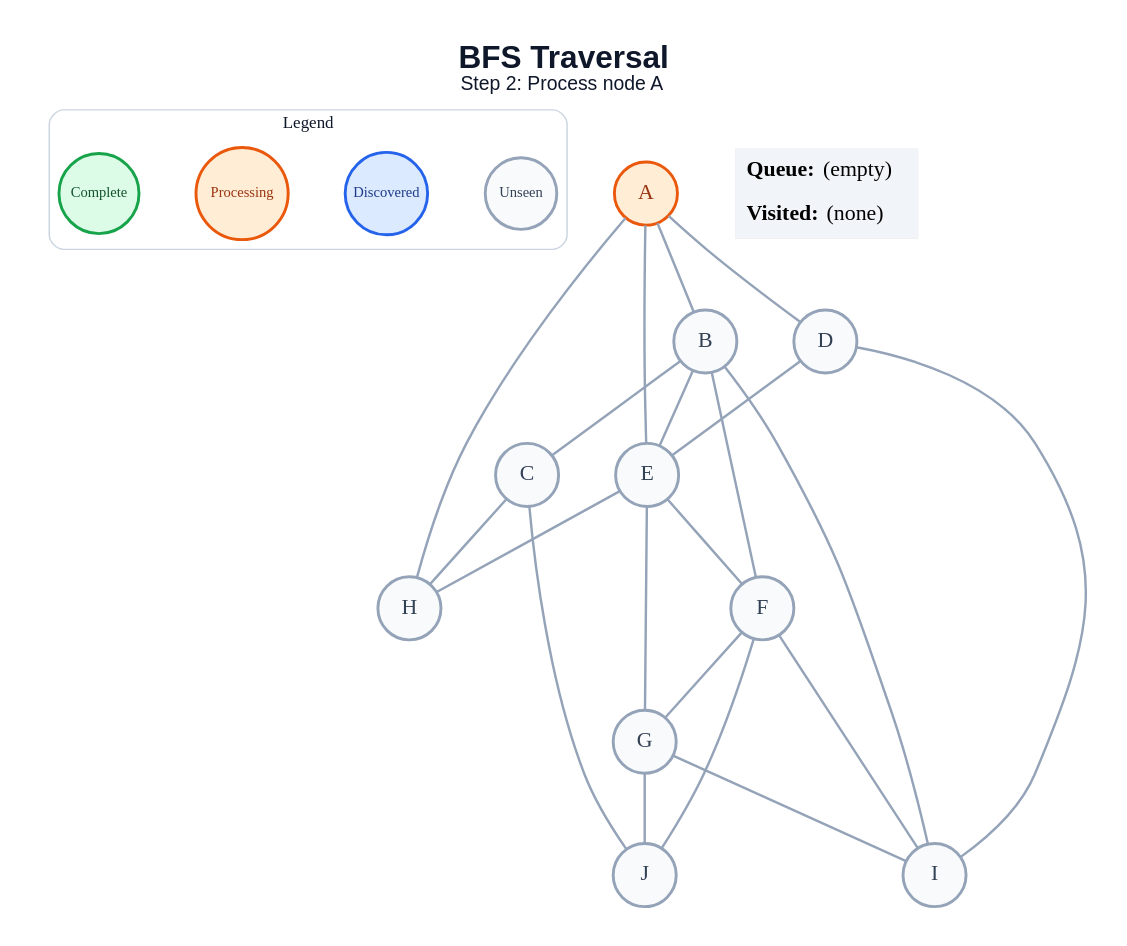
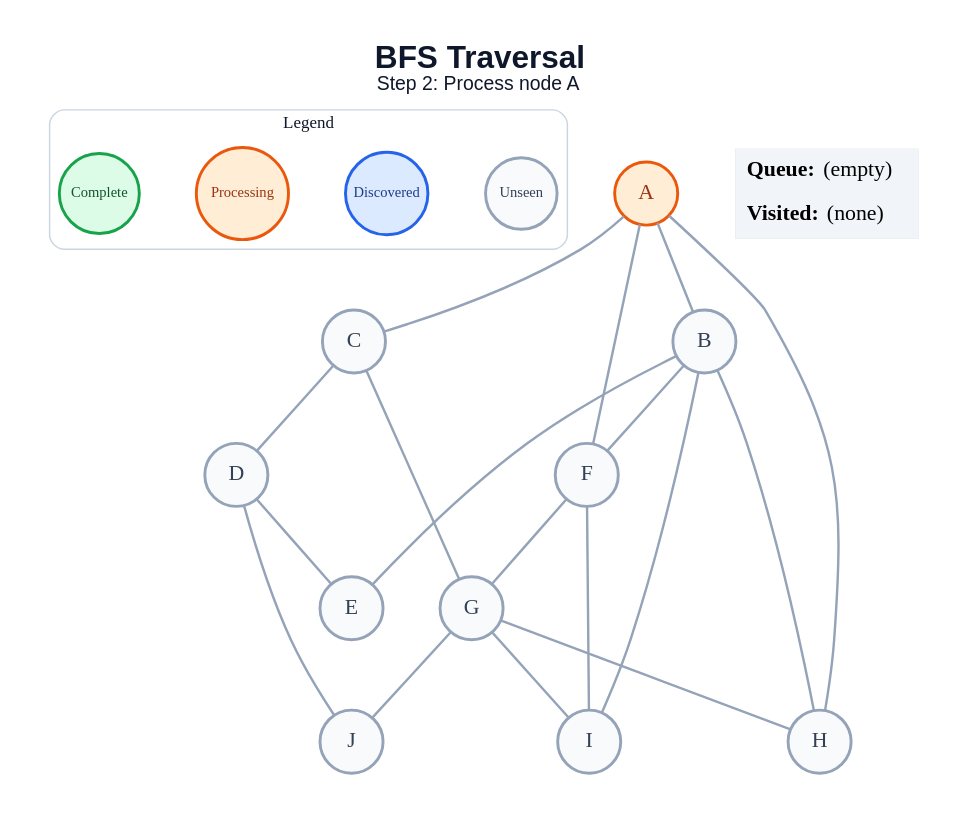
Before and after one commit to amanghodawala9/ai-slop: the diagram in generated/bfs/step_02.dot, drawn with Graphviz. The commit also changed 178 other files, not shown here.

```diff
--- a/generated/bfs/step_02.dot
+++ b/generated/bfs/step_02.dot
@@ -1,49 +1,46 @@
 graph traversal {
   graph [layout=dot, rankdir=TB, bgcolor="#FFFFFF", pad="0.35", nodesep="0.65", ranksep="0.8", fontname="Arial"];
   node [shape=circle, style="filled", fontname="Arial Bold", fontsize=18, width=0.72, fixedsize=true, penwidth=2.4];
   edge [color="#94A3B8", penwidth=2.0];
   label=<<B>BFS Traversal</B><BR/><FONT POINT-SIZE="16">Step 2: Process node A</FONT>>; labelloc="t"; fontsize=26; fontname="Arial"; fontcolor="#0F172A";
   subgraph cluster_legend { label="Legend"; color="#CBD5E1"; penwidth=1.2; style="rounded"; fontsize=14; fontname="Arial Bold";
     key_unseen [label="Unseen", fillcolor="#F8FAFC", color="#94A3B8", fontcolor="#334155", fontsize=12, width=0.82];
     key_frontier [label="Discovered", fillcolor="#DBEAFE", color="#2563EB", fontcolor="#1E3A8A", fontsize=12, width=0.95];
     key_current [label="Processing", fillcolor="#FFEDD5", color="#EA580C", fontcolor="#9A3412", fontsize=12, width=1.05];
     key_done [label="Complete", fillcolor="#DCFCE7", color="#16A34A", fontcolor="#14532D", fontsize=12, width=0.92];
     { rank=same; key_unseen; key_frontier; key_current; key_done; }
   }
   A [fillcolor="#FFEDD5", color="#EA580C", fontcolor="#9A3412"];
   B [fillcolor="#F8FAFC", color="#94A3B8", fontcolor="#334155"];
   C [fillcolor="#F8FAFC", color="#94A3B8", fontcolor="#334155"];
   D [fillcolor="#F8FAFC", color="#94A3B8", fontcolor="#334155"];
   E [fillcolor="#F8FAFC", color="#94A3B8", fontcolor="#334155"];
   F [fillcolor="#F8FAFC", color="#94A3B8", fontcolor="#334155"];
   G [fillcolor="#F8FAFC", color="#94A3B8", fontcolor="#334155"];
   H [fillcolor="#F8FAFC", color="#94A3B8", fontcolor="#334155"];
   I [fillcolor="#F8FAFC", color="#94A3B8", fontcolor="#334155"];
   J [fillcolor="#F8FAFC", color="#94A3B8", fontcolor="#334155"];
   A -- B;
-  A -- D;
-  A -- E;
+  A -- C;
+  A -- F;
   A -- H;
-  B -- C;
   B -- E;
   B -- F;
+  B -- H;
   B -- I;
-  C -- H;
-  C -- J;
+  C -- D;
+  C -- G;
   D -- E;
-  D -- I;
-  E -- F;
-  E -- G;
-  E -- H;
+  D -- J;
   F -- G;
   F -- I;
-  F -- J;
+  G -- H;
   G -- I;
   G -- J;
   status [shape=plain, fixedsize=false, width=0, height=0, margin=0, label=<
     <TABLE BORDER="0" CELLBORDER="0" CELLPADDING="7" BGCOLOR="#F1F5F9">
       <TR><TD ALIGN="LEFT"><B>Queue:</B> (empty)</TD></TR>
       <TR><TD ALIGN="LEFT"><B>Visited:</B> (none)</TD></TR>
     </TABLE>
   >];
 }
```
